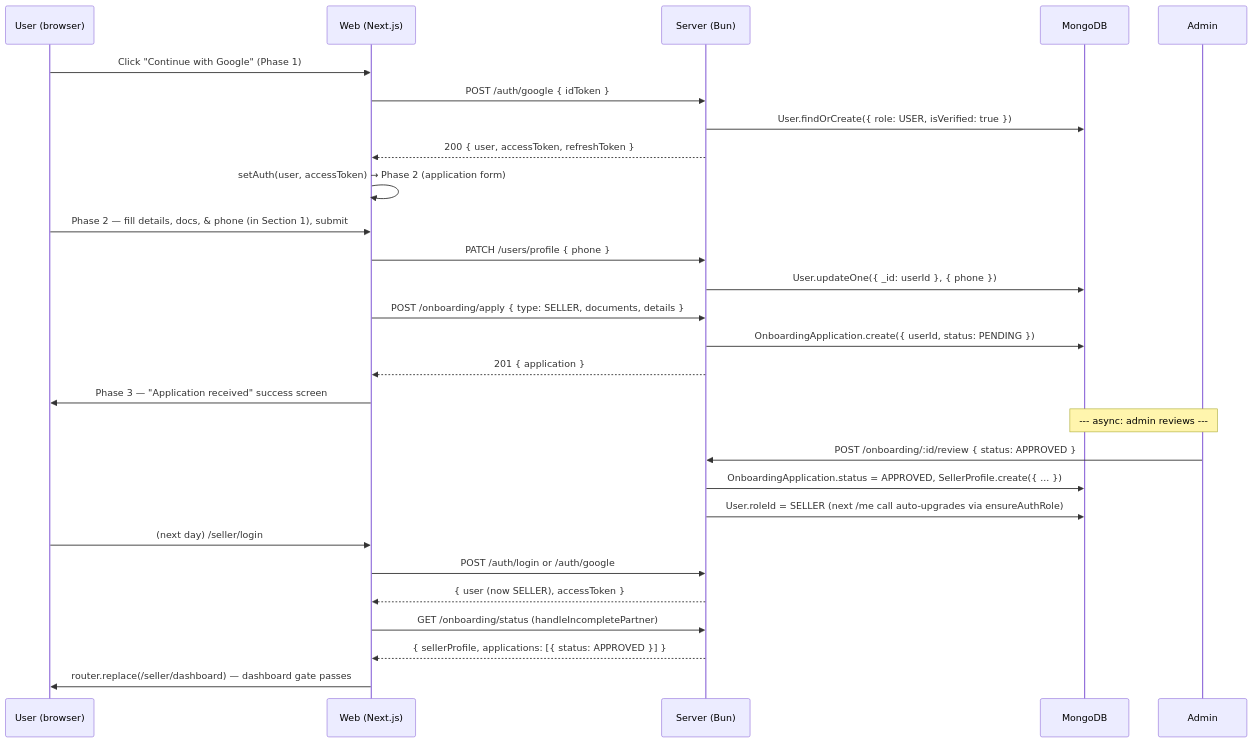
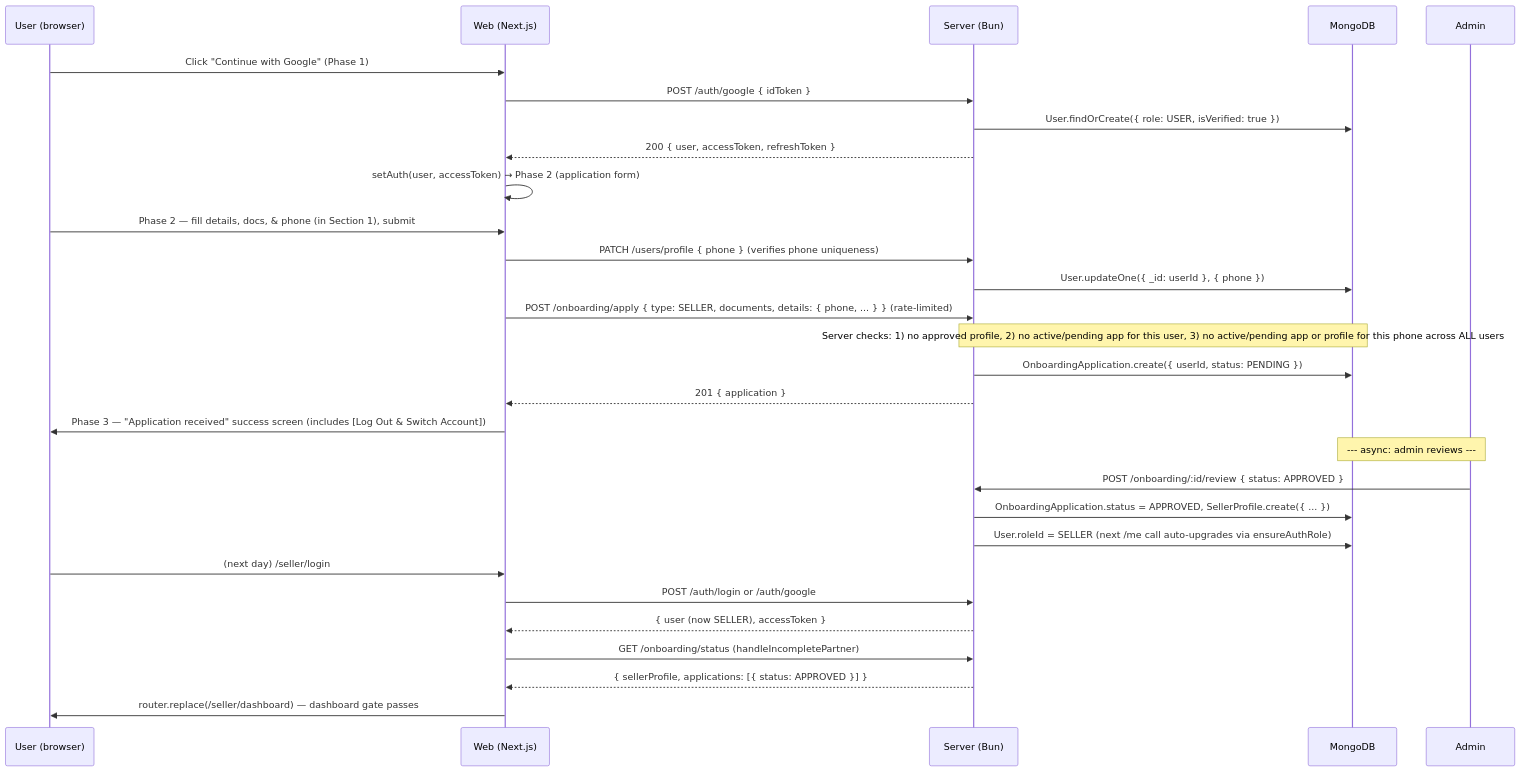
One commit to Adityakbr01/quickbihar.in changed the first of 2 diagrams in docs/developers-docs/apps/api-flow.md. Above: the diagram before and after it, drawn with Mermaid. The commit also changed other lines of this file and 21 other files, not shown here.

````diff
--- a/docs/developers-docs/apps/api-flow.md
+++ b/docs/developers-docs/apps/api-flow.md
@@ -71,34 +71,35 @@
 ```mermaid
 sequenceDiagram
     participant U as User (browser)
     participant W as Web (Next.js)
     participant S as Server (Bun)
     participant DB as MongoDB
     participant A as Admin
 
     U->>W: Click "Continue with Google" (Phase 1)
     W->>S: POST /auth/google { idToken }
     S->>DB: User.findOrCreate({ role: USER, isVerified: true })
     S-->>W: 200 { user, accessToken, refreshToken }
     W->>W: setAuth(user, accessToken) → Phase 2 (application form)
 
     U->>W: Phase 2 — fill details, docs, & phone (in Section 1), submit
-    W->>S: PATCH /users/profile { phone }
+    W->>S: PATCH /users/profile { phone } (verifies phone uniqueness)
     S->>DB: User.updateOne({ _id: userId }, { phone })
-    W->>S: POST /onboarding/apply { type: SELLER, documents, details }
+    W->>S: POST /onboarding/apply { type: SELLER, documents, details: { phone, ... } } (rate-limited)
+    Note over S,DB: Server checks: 1) no approved profile, 2) no active/pending app for this user, 3) no active/pending app or profile for this phone across ALL users
     S->>DB: OnboardingApplication.create({ userId, status: PENDING })
     S-->>W: 201 { application }
-    W->>U: Phase 3 — "Application received" success screen
+    W->>U: Phase 3 — "Application received" success screen (includes [Log Out & Switch Account])
 
     Note over A,DB: --- async: admin reviews ---
     A->>S: POST /onboarding/:id/review  { status: APPROVED }
     S->>DB: OnboardingApplication.status = APPROVED, SellerProfile.create({ ... })
     S->>DB: User.roleId = SELLER (next /me call auto-upgrades via ensureAuthRole)
 
     U->>W: (next day) /seller/login
     W->>S: POST /auth/login or /auth/google
     S-->>W: { user (now SELLER), accessToken }
     W->>S: GET /onboarding/status  (handleIncompletePartner)
     S-->>W: { sellerProfile, applications: [{ status: APPROVED }] }
     W->>U: router.replace(/seller/dashboard) — dashboard gate passes
 ```
````
